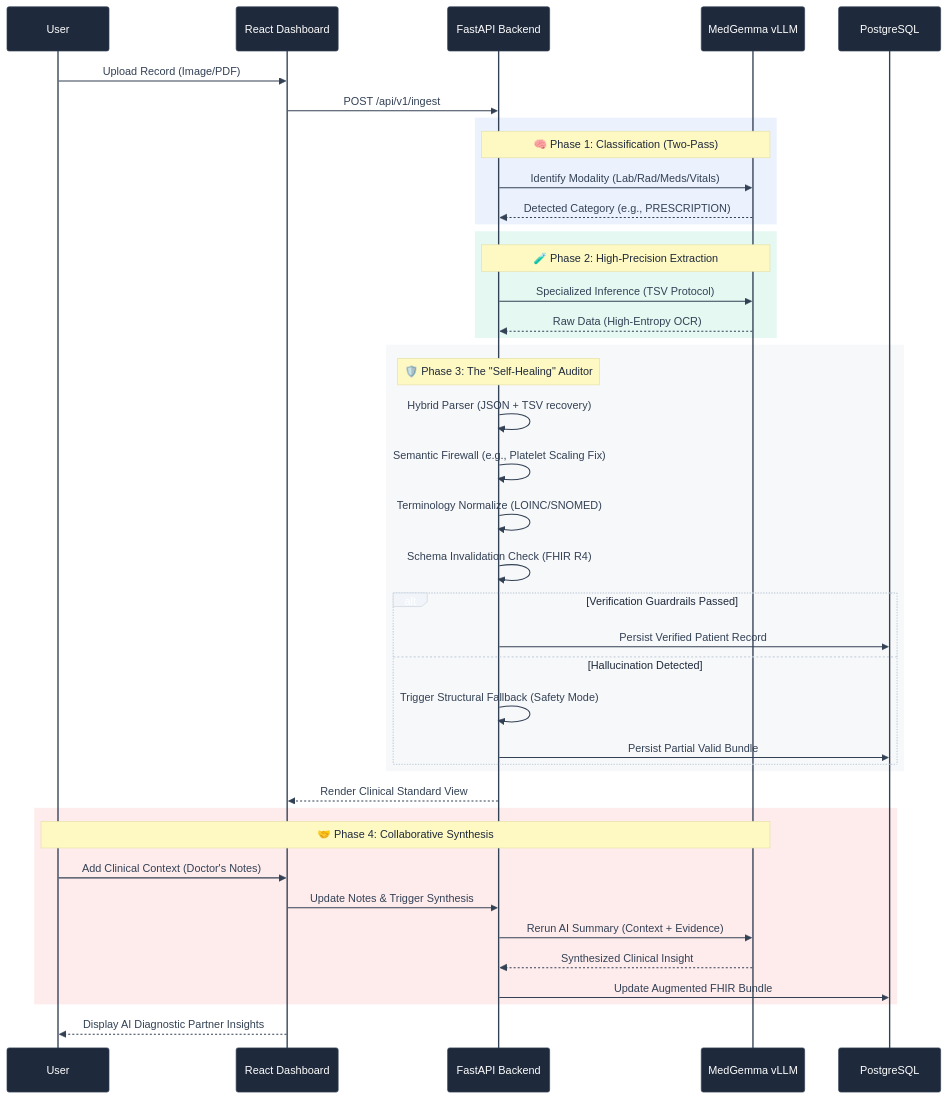
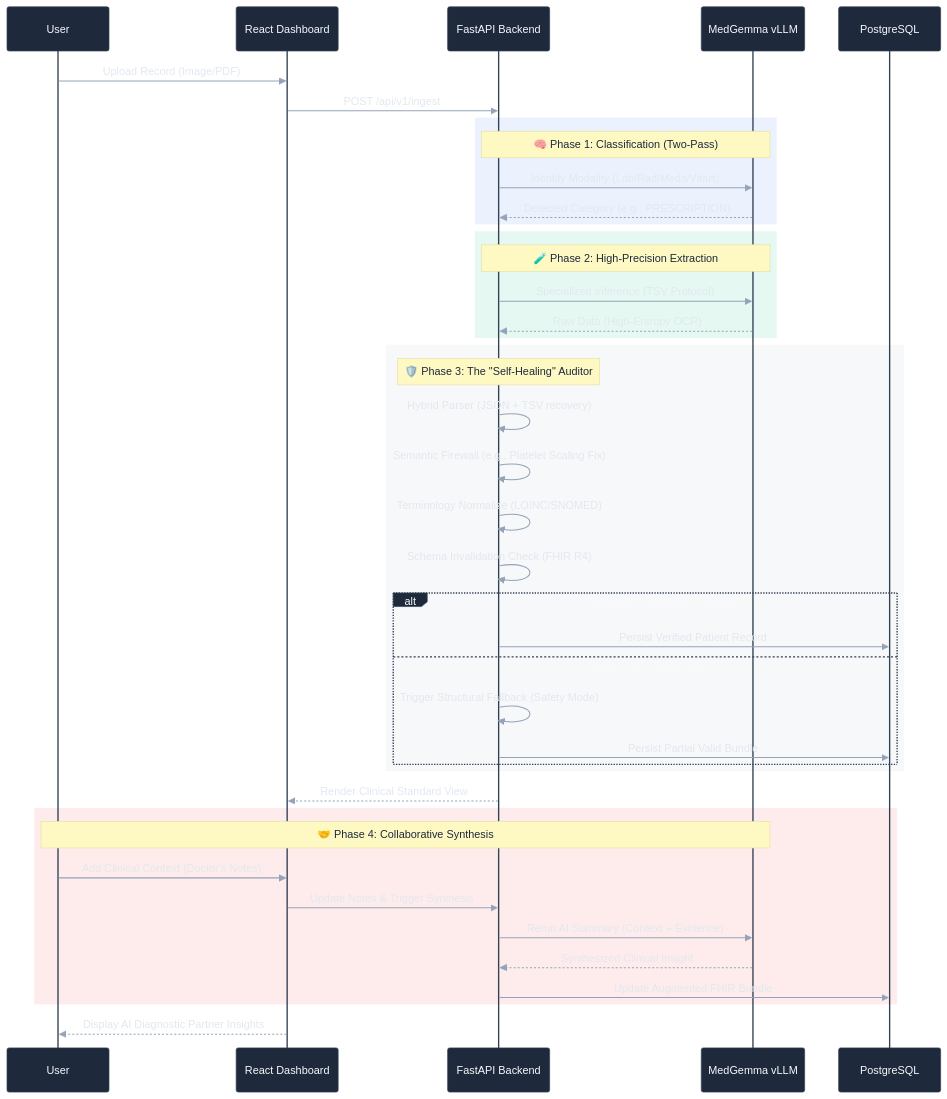
One commit to ALIENvsROBOT/challenge_kaggle changed the diagram in README.md. Above: the diagram before and after it, drawn with Mermaid.

Commit message:
docs: Update Mermaid diagram theme variables to a dark color palette.

````diff
--- a/README.md
+++ b/README.md
@@ -77,71 +77,71 @@
 ```mermaid
 %%{init: {
   'theme': 'base',
   'themeVariables': {
-    'background': '#ffffff',
+    'background': '#0f172a',
     'primaryColor': '#1e293b',
-    'primaryTextColor': '#ffffff',
+    'primaryTextColor': '#f8fafc',
     'primaryBorderColor': '#334155',
     'lineColor': '#64748b',
-    'secondaryColor': '#f8fafc',
-    'tertiaryColor': '#f1f5f9',
+    'secondaryColor': '#1e293b',
+    'tertiaryColor': '#1e293b',
     'noteBkgColor': '#fef9c3',
     'noteTextColor': '#1e293b',
-    'actorTextColor': '#ffffff',
-    'signalColor': '#334155',
-    'signalTextColor': '#334155',
-    'labelBoxBkgColor': '#f1f5f9',
-    'labelBoxBorderColor': '#cbd5e1',
-    'loopTextColor': '#1e293b'
+    'actorTextColor': '#f8fafc',
+    'signalColor': '#94a3b8',
+    'signalTextColor': '#e2e8f0',
+    'labelBoxBkgColor': '#1e293b',
+    'labelBoxBorderColor': '#334155',
+    'loopTextColor': '#f8fafc'
   }
 }}%%
 sequenceDiagram
     participant User
     participant UI as React Dashboard
     participant API as FastAPI Backend
     participant LLM as MedGemma vLLM
     participant DB as PostgreSQL
 
     User->>UI: Upload Record (Image/PDF)
     UI->>API: POST /api/v1/ingest
 
     rect rgba(59, 130, 246, 0.1)
     Note over API, LLM: 🧠 Phase 1: Classification (Two-Pass)
     API->>LLM: Identify Modality (Lab/Rad/Meds/Vitals)
     LLM-->>API: Detected Category (e.g., PRESCRIPTION)
     end
 
     rect rgba(16, 185, 129, 0.1)
     Note over API, LLM: 🧪 Phase 2: High-Precision Extraction
     API->>LLM: Specialized Inference (TSV Protocol)
     LLM-->>API: Raw Data (High-Entropy OCR)
     end
 
     rect rgba(100, 116, 139, 0.05)
     Note over API: 🛡️ Phase 3: The "Self-Healing" Auditor
     API->>API: Hybrid Parser (JSON + TSV recovery)
     API->>API: Semantic Firewall (e.g., Platelet Scaling Fix)
     API->>API: Terminology Normalize (LOINC/SNOMED)
     API->>API: Schema Invalidation Check (FHIR R4)
 
     alt Verification Guardrails Passed
         API->>DB: Persist Verified Patient Record
     else Hallucination Detected
         API->>API: Trigger Structural Fallback (Safety Mode)
         API->>DB: Persist Partial Valid Bundle
     end
     end
 
     API-->>UI: Render Clinical Standard View
 
     rect rgba(239, 68, 68, 0.1)
     Note over User, LLM: 🤝 Phase 4: Collaborative Synthesis
     User->>UI: Add Clinical Context (Doctor's Notes)
     UI->>API: Update Notes & Trigger Synthesis
     API->>LLM: Rerun AI Summary (Context + Evidence)
     LLM-->>API: Synthesized Clinical Insight
     API->>DB: Update Augmented FHIR Bundle
     end
 
     UI-->>User: Display AI Diagnostic Partner Insights
 ```
````
